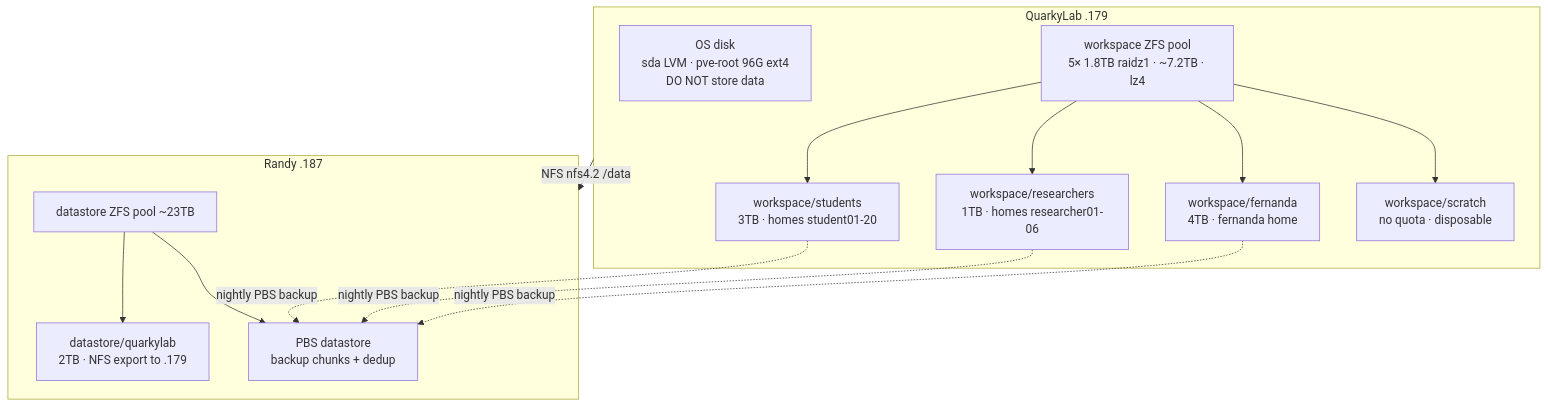
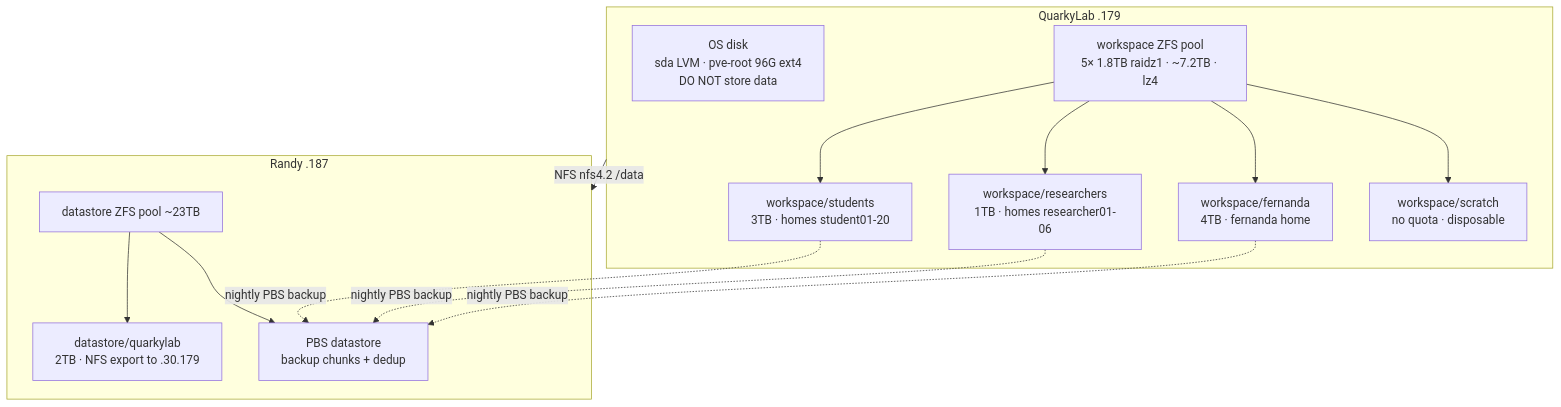
Before and after one commit to machismo0311/Home-Lab: the diagram in vault/Infrastructure/QuarkyLab Storage.md, drawn with Mermaid. The commit also changed other lines of this file and 6 other files, not shown here.

````diff
--- a/vault/Infrastructure/QuarkyLab Storage.md
+++ b/vault/Infrastructure/QuarkyLab Storage.md
@@ -11,20 +14,20 @@
 ```mermaid
 flowchart TB
     subgraph QUARK[QuarkyLab .179]
         OS[OS disk\nsda LVM · pve-root 96G ext4\nDO NOT store data]
         WS[workspace ZFS pool\n5× 1.8TB raidz1 · ~7.2TB · lz4]
         WS --> STU[workspace/students\n3TB · homes student01-20]
         WS --> RES[workspace/researchers\n1TB · homes researcher01-06]
         WS --> FER[workspace/fernanda\n4TB · fernanda home]
         WS --> SCR[workspace/scratch\nno quota · disposable]
     end
     QUARK -->|NFS nfs4.2 /data| RANDY
     subgraph RANDY[Randy .187]
         DS[datastore ZFS pool ~23TB]
-        DS --> QNFS[datastore/quarkylab\n2TB · NFS export to .179]
+        DS --> QNFS[datastore/quarkylab\n2TB · NFS export to .30.179]
         DS --> PBS[PBS datastore\nbackup chunks + dedup]
     end
     STU -.nightly PBS backup.-> PBS
     RES -.nightly PBS backup.-> PBS
     FER -.nightly PBS backup.-> PBS
 ```
````
